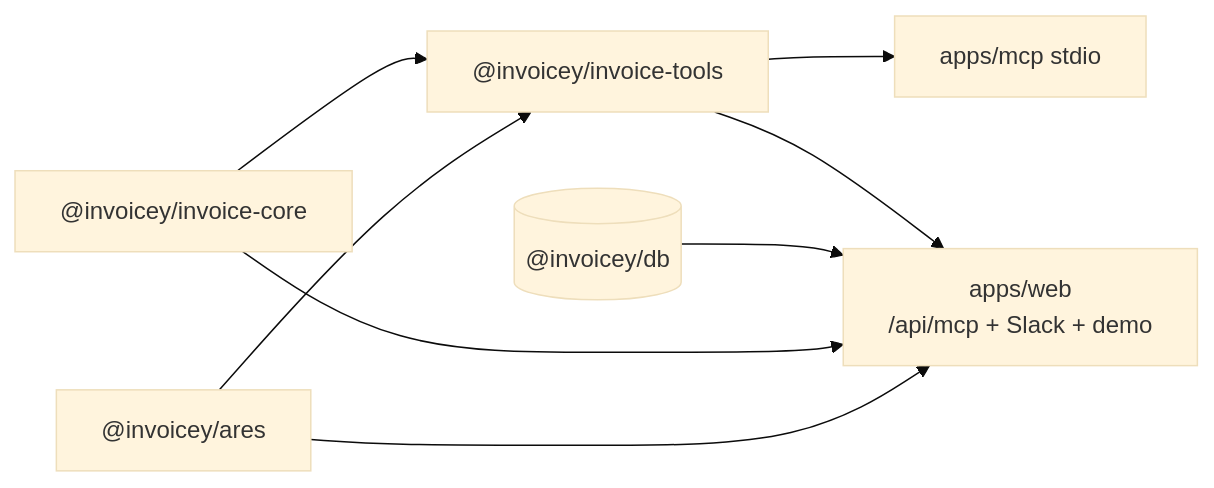
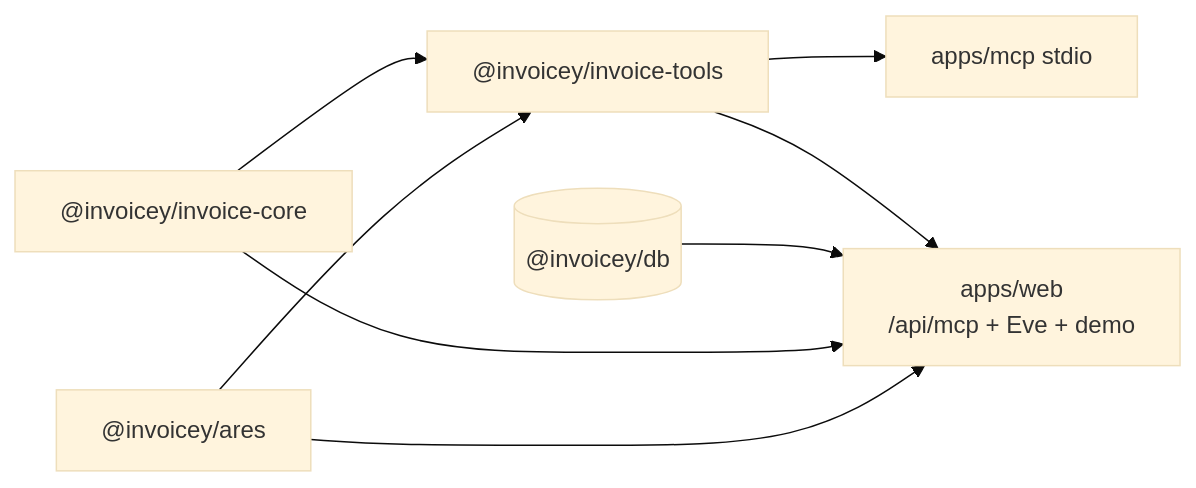
The fourth of 4 diagrams in docs/architecture.md (filipditrich/inveoiceyai), drawn with Mermaid (base theme) before and after one commit. The commit also changed other lines of this file and 48 other files, not shown here.

First line of the commit message:
feat(web): ship Eve Slack agent with Neon invoice ops

````diff
--- a/docs/architecture.md
+++ b/docs/architecture.md
@@ -193,10 +192,10 @@
 ```mermaid
 flowchart LR
     Core["@invoicey/invoice-core"] --> Tools["@invoicey/invoice-tools"]
     Ares["@invoicey/ares"] --> Tools
     Tools --> MCP["apps/mcp stdio"]
-    Tools --> Web["apps/web<br/>/api/mcp + Slack + demo"]
+    Tools --> Web["apps/web<br/>/api/mcp + Eve + demo"]
     DB[("@invoicey/db")] --> Web
     Core --> Web
     Ares --> Web
 ```
````
